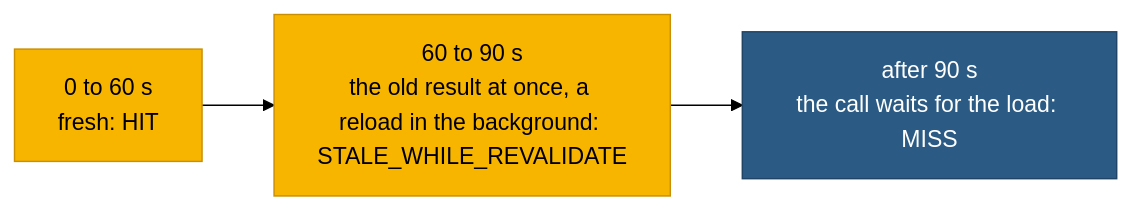
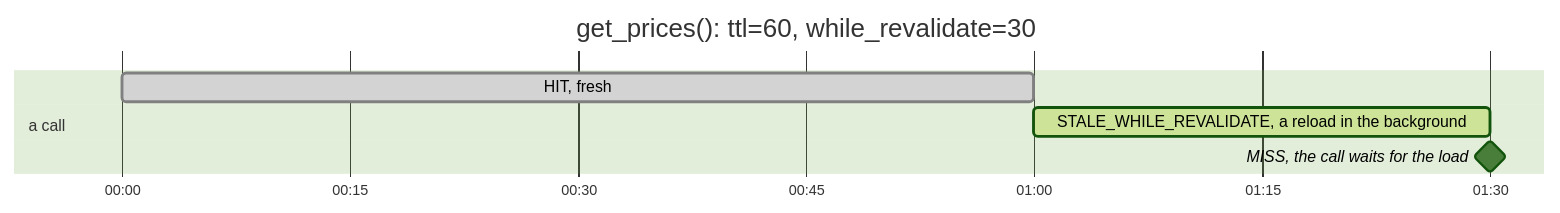
The first of 3 diagrams in docs/guides/failures/stale.md (eugeneliukindev/pashe), drawn with Mermaid (forest theme) before and after one commit. The commit also changed 9 other files, not shown here.

Commit message:
docs: show pip install and the badges of the checks in the head, keep the diagrams that show order, branches and time, and raise the bar the examples cover

````diff
--- a/docs/guides/failures/stale.md
+++ b/docs/guides/failures/stale.md
@@ -39,9 +39,10 @@
 ```mermaid
-flowchart LR
-    fresh["0 to 60 s<br/>fresh: HIT"] --> stale["60 to 90 s<br/>the old result at once, a reload in the background: STALE_WHILE_REVALIDATE"]
-    stale --> gone["after 90 s<br/>the call waits for the load: MISS"]
-    classDef fromCache fill:#f7b500,color:#000000,stroke:#c98f00
-    classDef fromSource fill:#2b5b84,color:#ffffff,stroke:#1f4466
-    class fresh,stale fromCache
-    class gone fromSource
+gantt
+    title get_prices(): ttl=60, while_revalidate=30
+    dateFormat X
+    axisFormat %M:%S
+    section a call
+    HIT, fresh :done, fresh, 0, 60s
+    STALE_WHILE_REVALIDATE, a reload in the background :active, stale, after fresh, 30s
+    MISS, the call waits for the load :milestone, after stale, 0s
 ```
````
